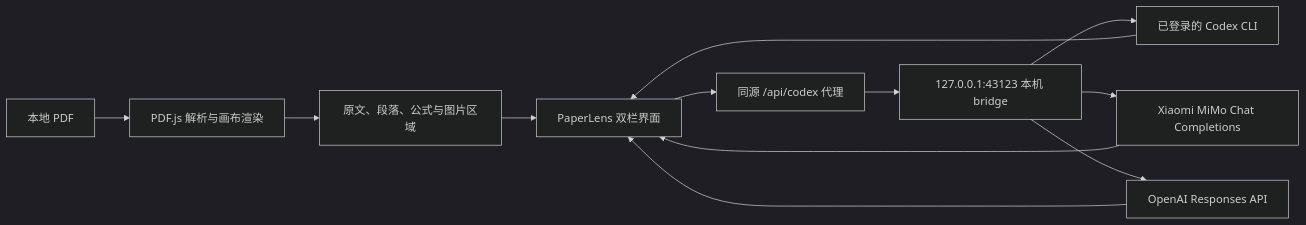
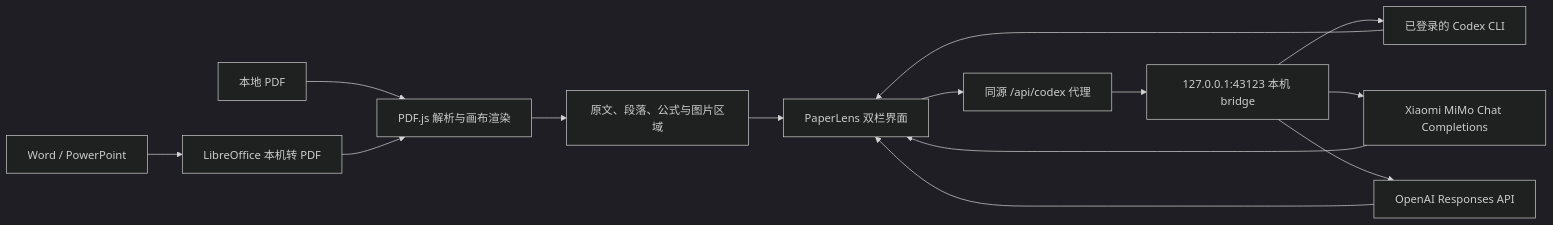
Before and after one commit to NaCr05/PaperLens: the diagram in README.md, drawn with Mermaid (dark theme). The commit also changed other lines of this file and 33 other files, not shown here.

````diff
--- a/README.md
+++ b/README.md
@@ -24,14 +27,16 @@
 ```mermaid
 flowchart LR
   PDF["本地 PDF"] --> PDFJS["PDF.js 解析与画布渲染"]
+  OFFICE["Word / PowerPoint"] --> CONVERT["LibreOffice 本机转 PDF"]
+  CONVERT --> PDFJS
   PDFJS --> Reader["原文、段落、公式与图片区域"]
   Reader --> UI["PaperLens 双栏界面"]
   UI --> Proxy["同源 /api/codex 代理"]
   Proxy --> Bridge["127.0.0.1:43123 本机 bridge"]
   Bridge --> Codex["已登录的 Codex CLI"]
   Bridge --> MiMo["Xiaomi MiMo Chat Completions"]
   Bridge --> OpenAI["OpenAI Responses API"]
   Codex --> UI
   MiMo --> UI
   OpenAI --> UI
 ```
````
